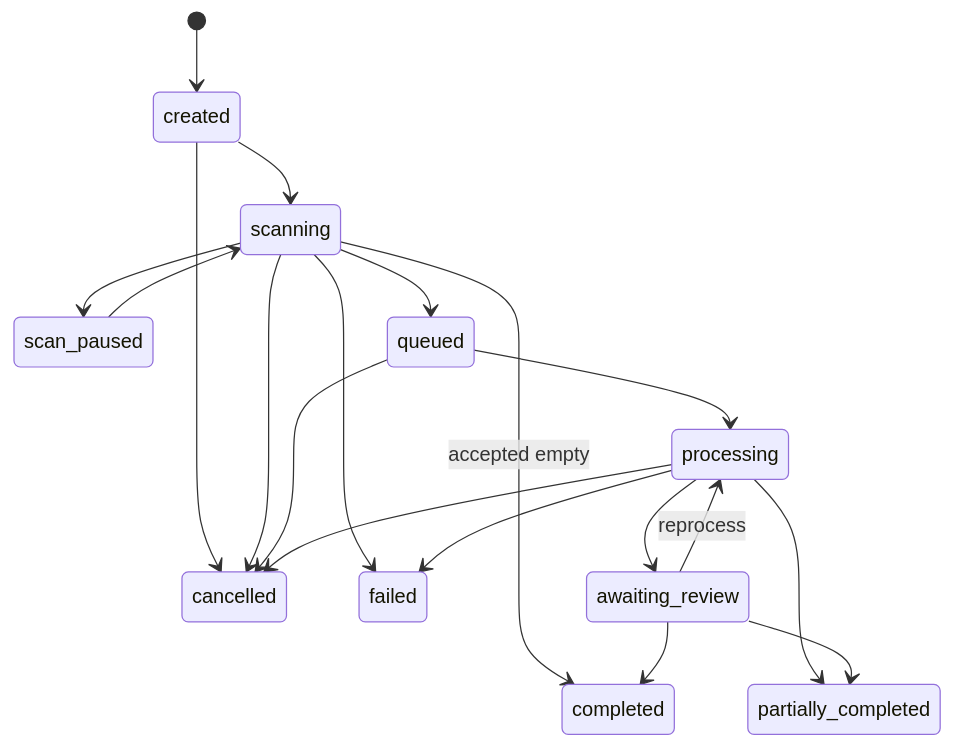
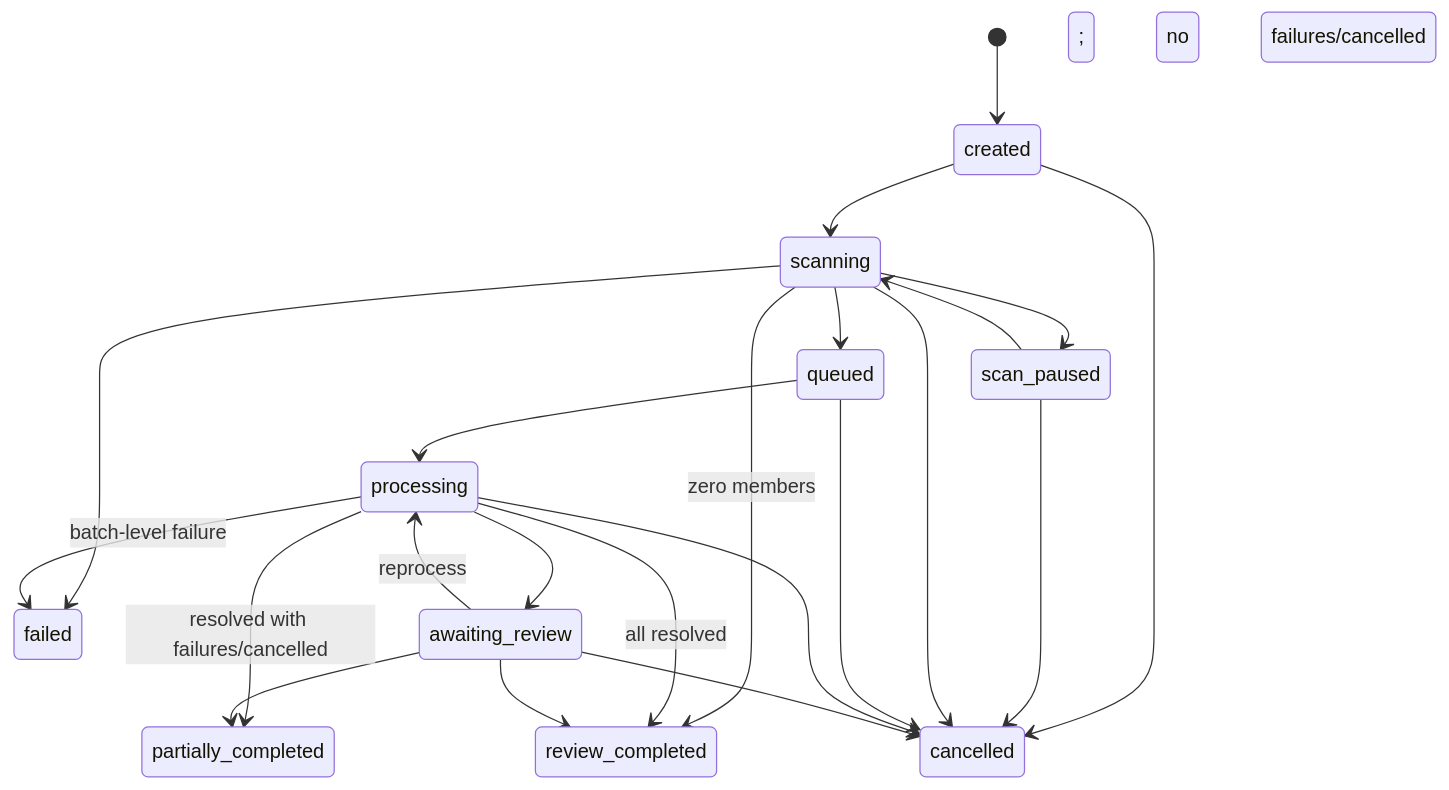
One commit to mohammadhasan-tayef/ghateh-iran-image-processor changed the first of 5 diagrams in docs/diagrams/state-machines.md. Above: the diagram before and after it, drawn with Mermaid. The commit also changed other lines of this file and 27 other files, not shown here.

Commit message:
docs: correct sprint 0 architecture inconsistencies

````diff
--- a/docs/diagrams/state-machines.md
+++ b/docs/diagrams/state-machines.md
@@ -7,21 +7,24 @@
 ```mermaid
 stateDiagram-v2
     [*] --> created
     created --> scanning
     created --> cancelled
     scanning --> scan_paused
     scan_paused --> scanning
+    scan_paused --> cancelled
     scanning --> queued
-    scanning --> completed: accepted empty
+    scanning --> review_completed: zero members
     scanning --> failed
     scanning --> cancelled
     queued --> processing
     queued --> cancelled
     processing --> awaiting_review
-    processing --> partially_completed
-    processing --> failed
+    processing --> review_completed: all resolved; no failures/cancelled
+    processing --> partially_completed: resolved with failures/cancelled
+    processing --> failed: batch-level failure
     processing --> cancelled
     awaiting_review --> processing: reprocess
-    awaiting_review --> completed
+    awaiting_review --> review_completed
     awaiting_review --> partially_completed
+    awaiting_review --> cancelled
 ```
````
